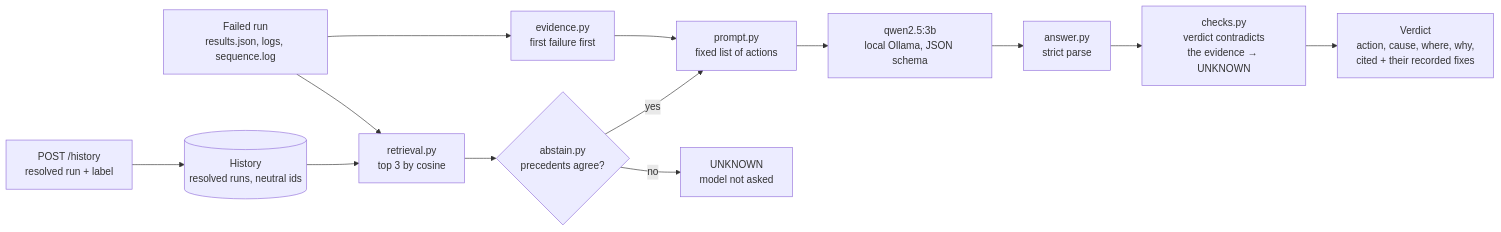
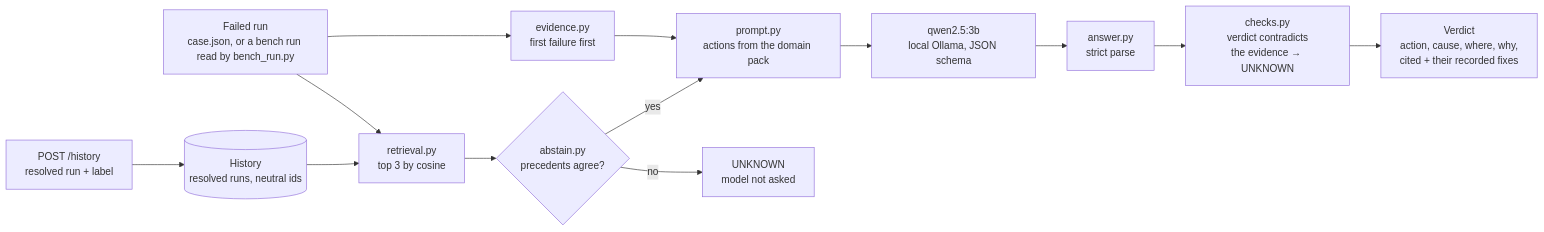
The fifth of 6 diagrams in docs/ARCHITECTURE.md (kaustubhagarwal18/virtual-rf-testbench), drawn with Mermaid before and after one commit. The commit also changed other lines of this file and 51 other files, not shown here.

First line of the commit message:
Make the triage core domain-free: packs, rule checks and a generic case (#24)

````diff
--- a/docs/ARCHITECTURE.md
+++ b/docs/ARCHITECTURE.md
@@ -212,15 +212,15 @@
 ```mermaid
 flowchart LR
-    run["Failed run<br/>results.json, logs, sequence.log"] --> ev["evidence.py<br/>first failure first"]
+    run["Failed run<br/>case.json, or a bench run read by bench_run.py"] --> ev["evidence.py<br/>first failure first"]
     hist[("History<br/>resolved runs, neutral ids")] --> ret["retrieval.py<br/>top 3 by cosine"]
     run --> ret
-    ev --> pr["prompt.py<br/>fixed list of actions"]
+    ev --> pr["prompt.py<br/>actions from the domain pack"]
     ret --> gate{"abstain.py<br/>precedents agree?"}
     gate -- yes --> pr
     gate -- no --> unk["UNKNOWN<br/>model not asked"]
     pr --> llm["qwen2.5:3b<br/>local Ollama, JSON schema"]
     llm --> an["answer.py<br/>strict parse"]
     an --> chk["checks.py<br/>verdict contradicts<br/>the evidence → UNKNOWN"]
     chk --> verdict["Verdict<br/>action, cause, where, why,<br/>cited + their recorded fixes"]
     api["POST /history<br/>resolved run + label"] --> hist
 ```
````
